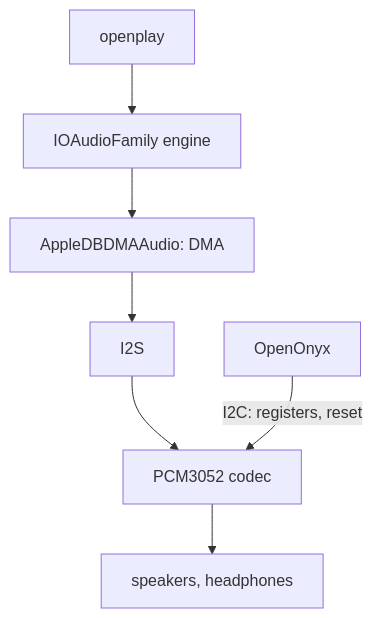
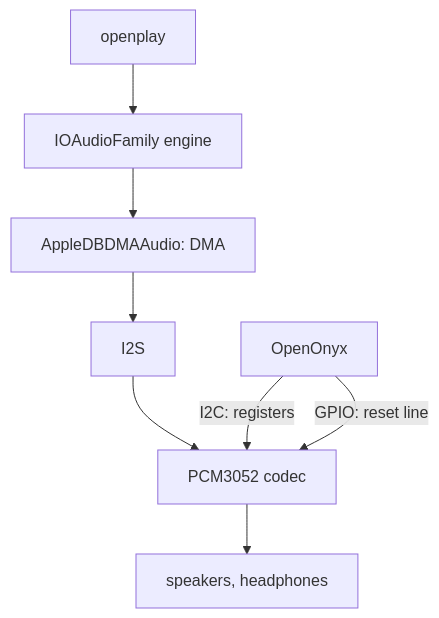
Before and after one commit to nyg/PowerDarwin: the second of 2 diagrams in docs/src/steps/step-9-disks-and-devices.md, drawn with Mermaid. The commit also changed other lines of this file and 18 other files, not shown here.

````diff
--- a/docs/src/steps/step-9-disks-and-devices.md
+++ b/docs/src/steps/step-9-disks-and-devices.md
@@ -82,8 +82,9 @@
 ```mermaid
 flowchart TB
     P[openplay] --> E[IOAudioFamily engine]
     E --> D[AppleDBDMAAudio: DMA]
     D --> I[I2S] --> C[PCM3052 codec]
-    O[OpenOnyx] -->|"I2C: registers, reset"| C
+    O[OpenOnyx] -->|"I2C: registers"| C
+    O -->|"GPIO: reset line"| C
     C --> S[speakers, headphones]
 ```
````
